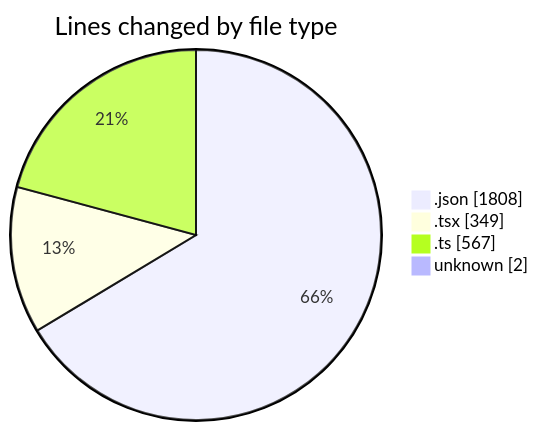
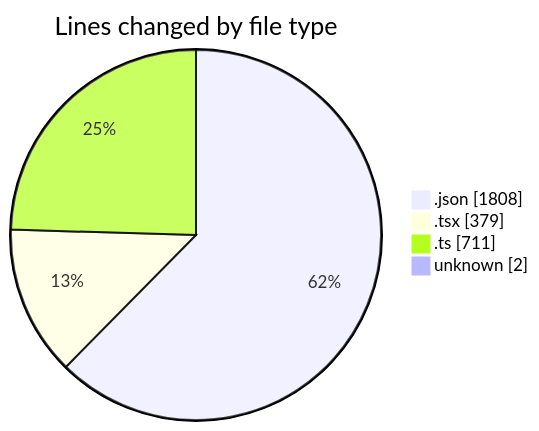
One commit to julien-gomy/code-tracking changed the first of 2 diagrams in 2025-11-19/eventscop-frontend-guide__workspace_/README.md. Above: the diagram before and after it, drawn with Mermaid. The commit also changed other lines of this file and 1 other file, not shown here.

````diff
--- a/2025-11-19/eventscop-frontend-guide__workspace_/README.md
+++ b/2025-11-19/eventscop-frontend-guide__workspace_/README.md
@@ -38,8 +40,8 @@
 ```mermaid
 pie showData
 title Lines changed by file type
 ".json" : 1808
-".tsx" : 349
-".ts" : 567
+".tsx" : 379
+".ts" : 711
 "unknown" : 2
 ```
````
